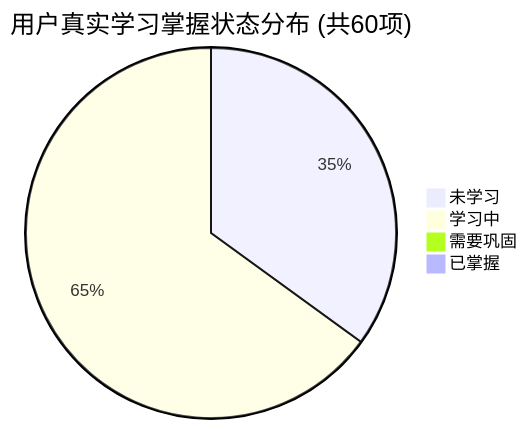
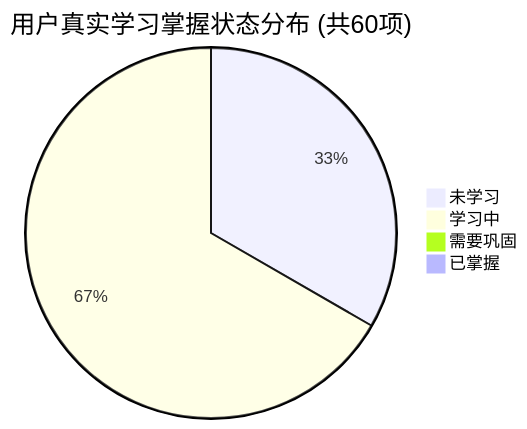
One commit to tieke1121/tech-interview-knowledge-base changed the first of 2 diagrams in PROGRESS.md. Above: the diagram before and after it, drawn with Mermaid. The commit also changed other lines of this file and 1 other file, not shown here.

````diff
--- a/PROGRESS.md
+++ b/PROGRESS.md
@@ -27,7 +27,7 @@
 ```mermaid
 pie title 用户真实学习掌握状态分布 (共60项)
-    "未学习" : 21
-    "学习中" : 39
+    "未学习" : 20
+    "学习中" : 40
     "需要巩固" : 0
     "已掌握" : 0
 ```
````
